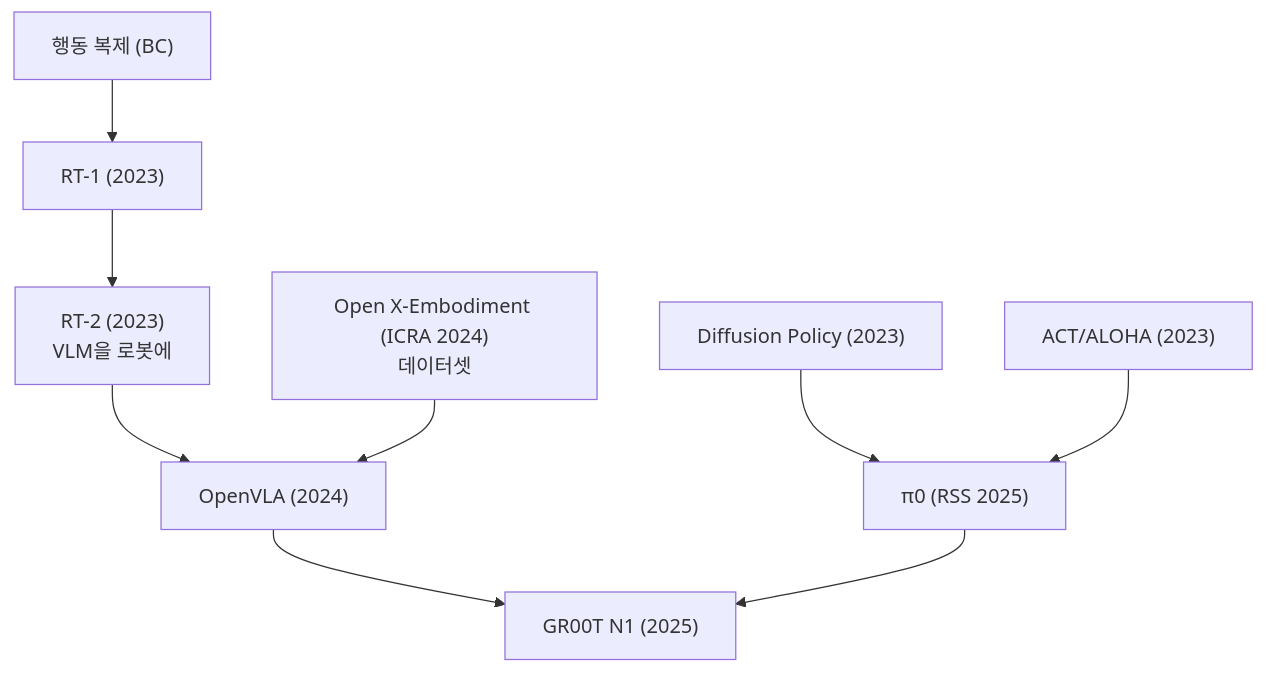
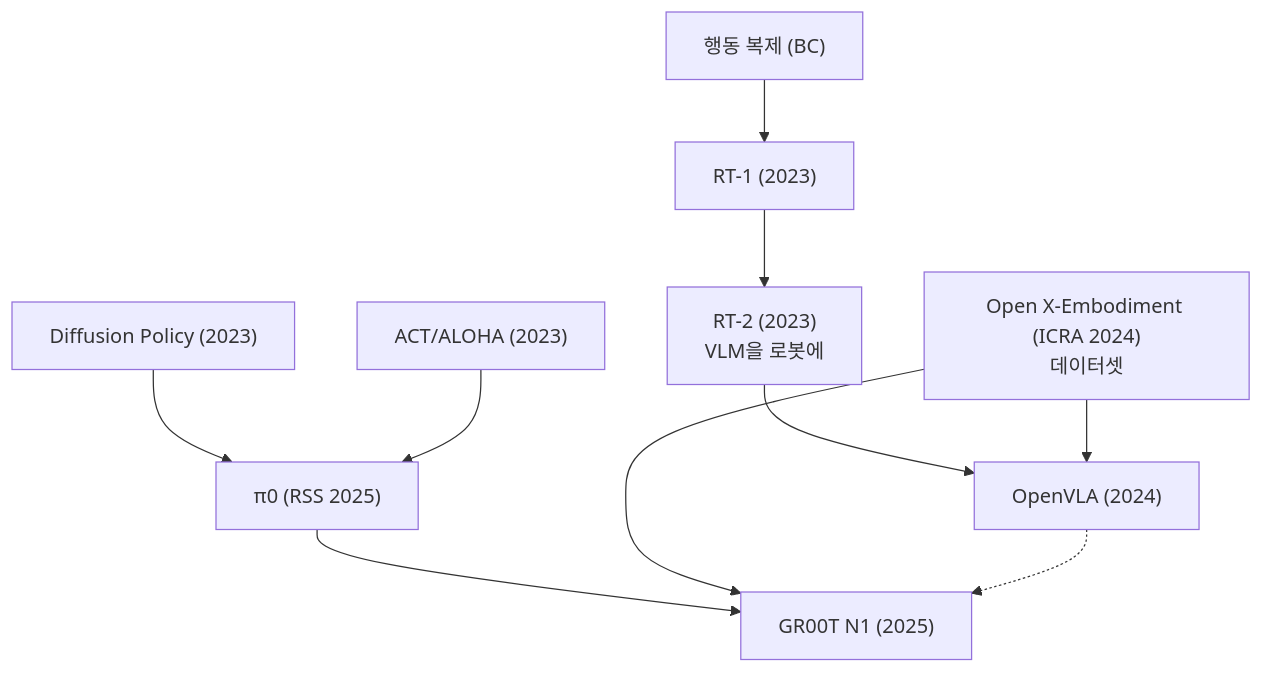
Before and after one commit to jiseop-byeon/phd-wiki: diagram 11 of 12 in content/03-deep-learning/lineage.md, drawn with Mermaid. The commit also changed other lines of this file, not shown here.

````diff
--- a/content/03-deep-learning/lineage.md
+++ b/content/03-deep-learning/lineage.md
@@ -191,11 +193,12 @@
 ```mermaid
 graph TD
     BC["행동 복제 (BC)"] --> RT1["RT-1 (2023)"]
     RT1 --> RT2["RT-2 (2023)<br/>VLM을 로봇에"]
     DP["Diffusion Policy (2023)"] --> Pi0["π0 (RSS 2025)"]
     ACT["ACT/ALOHA (2023)"] --> Pi0
     RT2 --> OpenVLA["OpenVLA (2024)"]
     OXE["Open X-Embodiment (ICRA 2024)<br/>데이터셋"] --> OpenVLA
-    OpenVLA --> GR00T["GR00T N1 (2025)"]
-    Pi0 --> GR00T
+    Pi0 --> GR00T["GR00T N1 (2025)"]
+    OXE --> GR00T
+    OpenVLA -.-> GR00T
 ```
````
